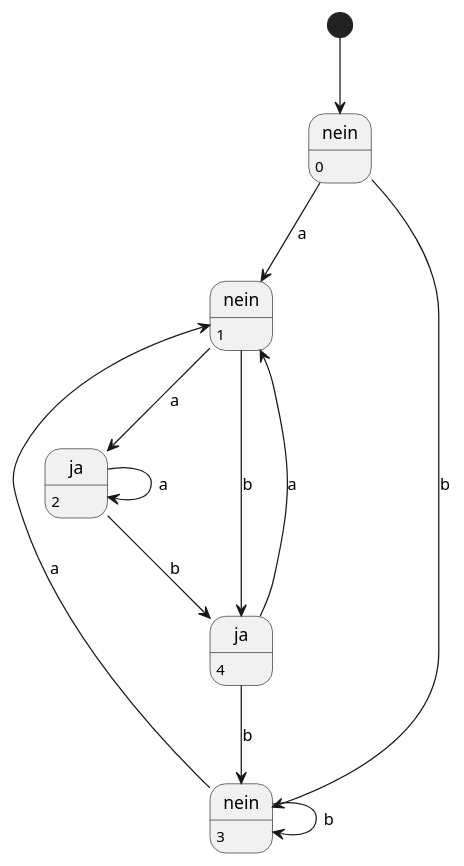
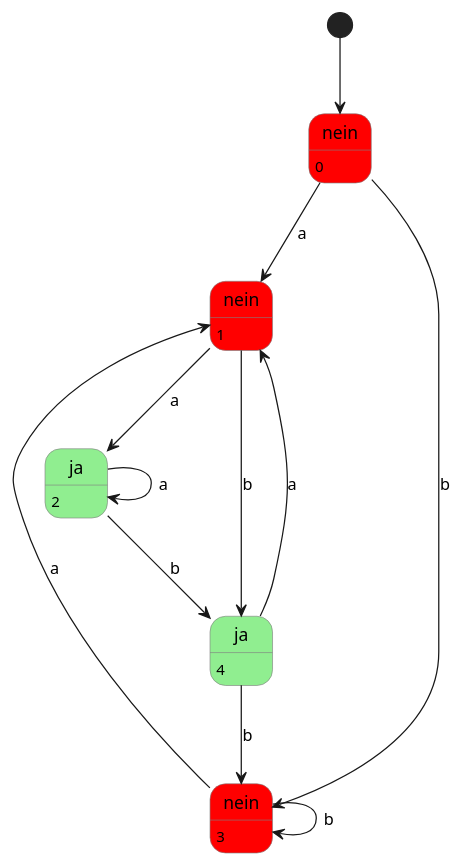
Before and after one commit to phbenisc/msiComplexTheorie: the diagram in src/main/resources/uebung3/exercise02.puml, drawn with PlantUML. The commit also changed 7 other files, not shown here.

Commit message:
feat(uebung1): made DFA diagrams nice

```diff
--- a/src/main/resources/uebung3/exercise02.puml
+++ b/src/main/resources/uebung3/exercise02.puml
@@ -1,31 +1,38 @@
 @startuml
+
+skinparam state {
+  BackgroundColor<<YES>> LightGreen
+  BackgroundColor<<NO>> Red
+  BorderColor Gray
+}
+
 [*] --> n0
 
-state "nein" as n0
-state "nein" as n1
-state "nein" as n2
-state "ja" as j0
-state "ja" as j1
+state "nein" as n0 <<NO>>
+state "nein" as n1 <<NO>>
+state "nein" as n2 <<NO>>
+state "ja" as j0 <<YES>>
+state "ja" as j1 <<YES>>
 
 n0: 0
 n1: 1
 n2: 3
 j0: 2
 j1: 4
 
 n0 --> n1 : a
 n0 --> n2 : b
 
 n1 --> j0 : a
 n1 --> j1 : b
 
 n2 --> n1 : a
 n2 --> n2 : b
 
 j0 --> j0 : a
 j0 --> j1 : b
 
 j1 --> n1 : a
 j1 --> n2 : b
 
 @enduml
```
